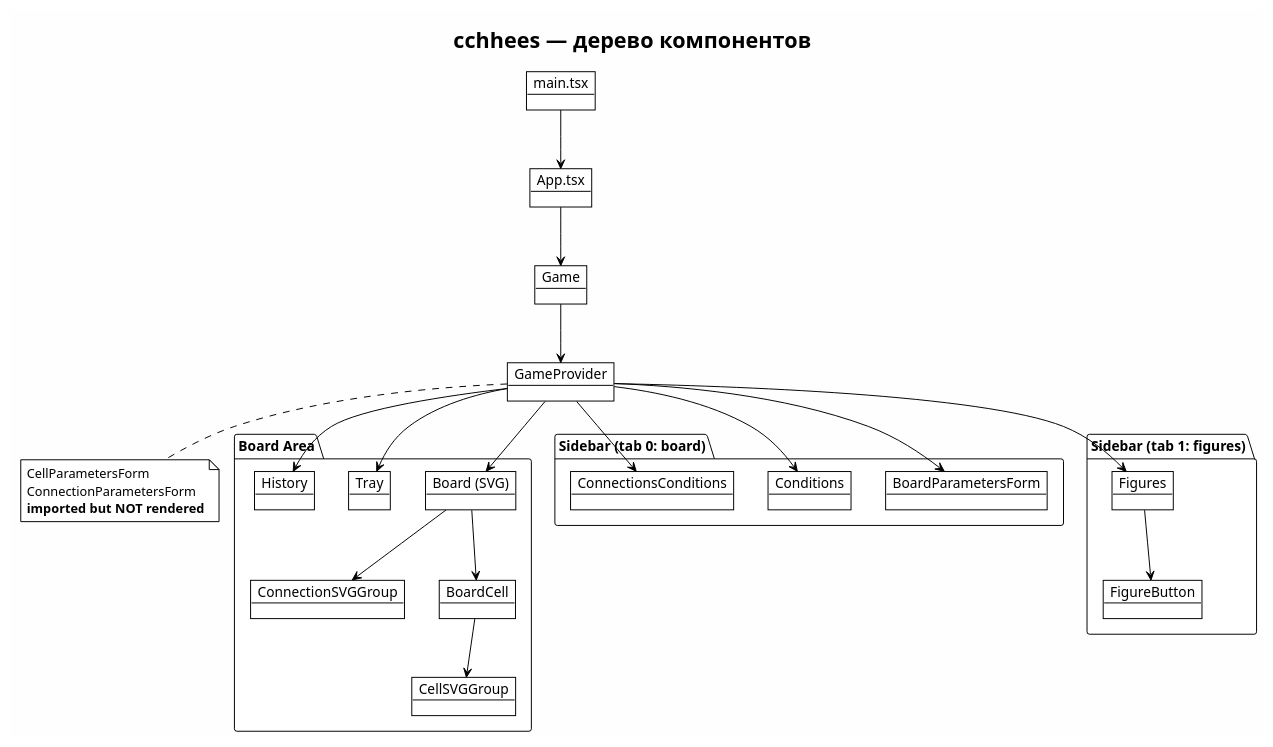
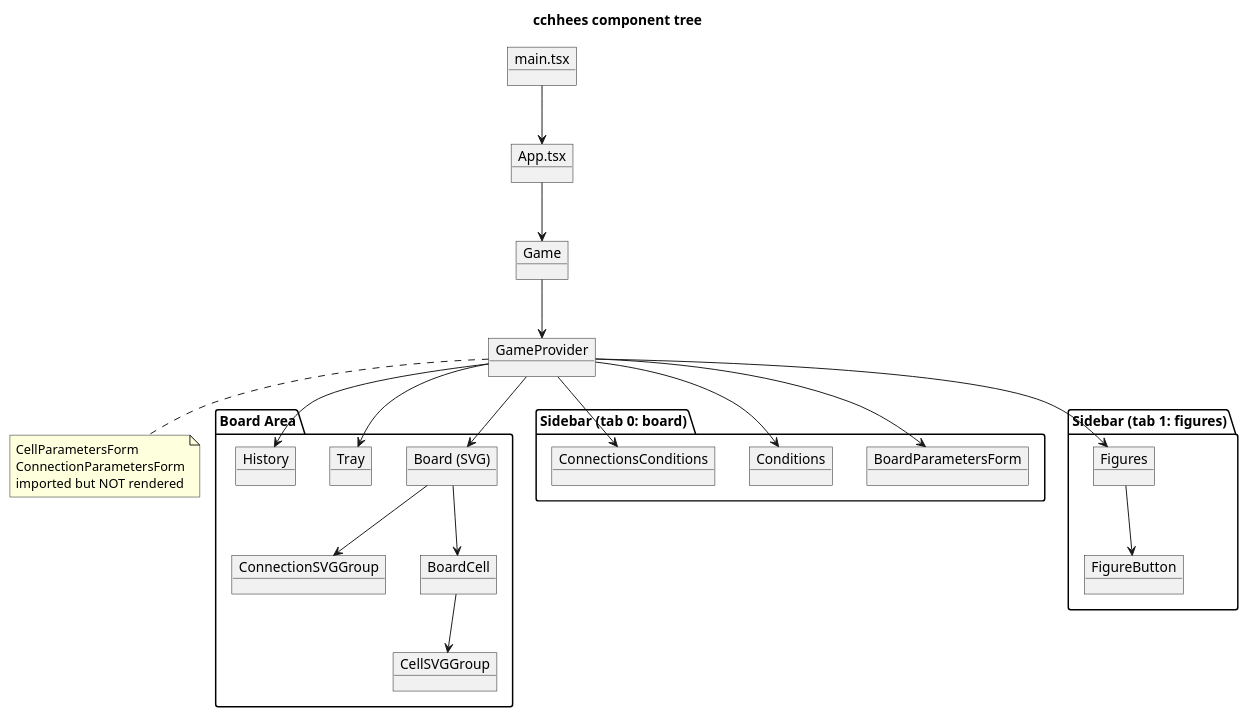
Before and after one commit to namenameemail/cchhees: the second of 3 diagrams in docs/architecture.puml, drawn with PlantUML. The commit also changed other lines of this file and 11 other files, not shown here.

```diff
--- a/docs/architecture.puml
+++ b/docs/architecture.puml
@@ -148,55 +118,52 @@
 @startuml cchhees-component-tree
-!theme plain
-skinparam backgroundColor #FEFEFE
-skinparam shadowing false
 
-title cchhees — дерево компонентов
+title cchhees component tree
 
 object "main.tsx" as main
 object "App.tsx" as app
 object "Game" as game
 object "GameProvider" as provider
 
 package "Board Area" {
   object "Board (SVG)" as board
   object "ConnectionSVGGroup" as connSvg
   object "BoardCell" as cell
   object "CellSVGGroup" as cellSvg
   object "Tray" as tray
   object "History" as hist
 }
 
 package "Sidebar (tab 0: board)" {
   object "BoardParametersForm" as bpf
   object "Conditions" as cond
   object "ConnectionsConditions" as ccond
 }
 
 package "Sidebar (tab 1: figures)" {
   object "Figures" as figs
   object "FigureButton" as fbtn
 }
 
 main --> app
 app --> game
 game --> provider
 provider --> board
 provider --> tray
 provider --> hist
 provider --> bpf
 provider --> cond
 provider --> ccond
 provider --> figs
 
 board --> connSvg
 board --> cell
 cell --> cellSvg
 figs --> fbtn
 
 note bottom of provider
   CellParametersForm
   ConnectionParametersForm
-  **imported but NOT rendered**
+  imported but NOT rendered
 end note
 
 @enduml
```
